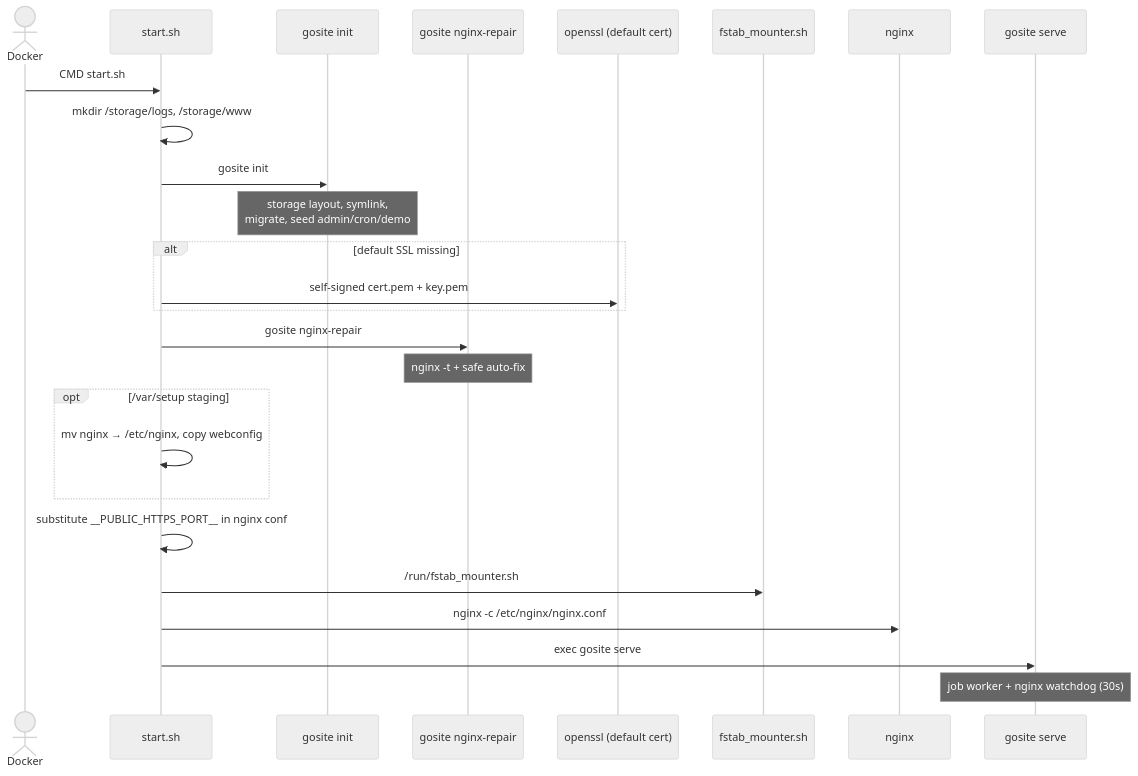
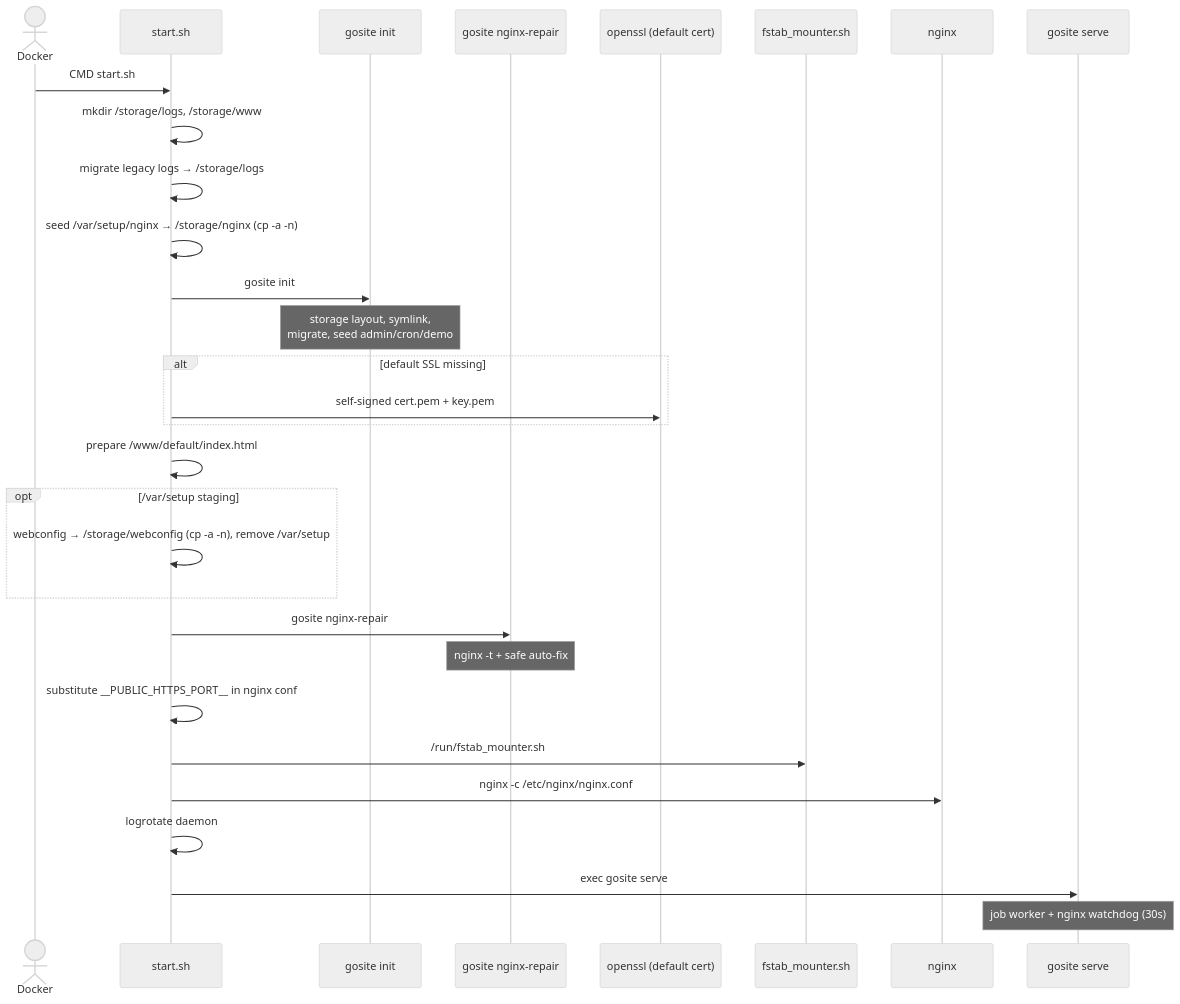
Before and after one commit to jahrulnr/GoSite: the first of 2 diagrams in docs/sequences/01-container-startup.md, drawn with Mermaid (neutral theme). The commit also changed other lines of this file and 9 other files, not shown here.

First line of the commit message:
fix(nginx): persist /etc/nginx in /storage and heal missing templates

````diff
--- a/docs/sequences/01-container-startup.md
+++ b/docs/sequences/01-container-startup.md
@@ -9,35 +9,40 @@
 ```mermaid
 sequenceDiagram
     actor Docker
     participant Start as start.sh
     participant Init as gosite init
     participant Repair as gosite nginx-repair
     participant SSL as openssl (default cert)
     participant Fstab as fstab_mounter.sh
     participant NGX as nginx
     participant Go as gosite serve
 
     Docker->>Start: CMD start.sh
 
     Start->>Start: mkdir /storage/logs, /storage/www
+    Start->>Start: migrate legacy logs → /storage/logs
+    Start->>Start: seed /var/setup/nginx → /storage/nginx (cp -a -n)
     Start->>Init: gosite init
     Note over Init: storage layout, symlink,<br/>migrate, seed admin/cron/demo
 
     alt default SSL missing
         Start->>SSL: self-signed cert.pem + key.pem
     end
 
+    Start->>Start: prepare /www/default/index.html
+
+    opt /var/setup staging
+        Start->>Start: webconfig → /storage/webconfig (cp -a -n), remove /var/setup
+    end
+
     Start->>Repair: gosite nginx-repair
     Note over Repair: nginx -t + safe auto-fix
-
-    opt /var/setup staging
-        Start->>Start: mv nginx → /etc/nginx, copy webconfig
-    end
 
     Start->>Start: substitute __PUBLIC_HTTPS_PORT__ in nginx conf
     Start->>Fstab: /run/fstab_mounter.sh
     Start->>NGX: nginx -c /etc/nginx/nginx.conf
+    Start->>Start: logrotate daemon
     Start->>Go: exec gosite serve
 
     Note over Go: job worker + nginx watchdog (30s)
 ```
````
